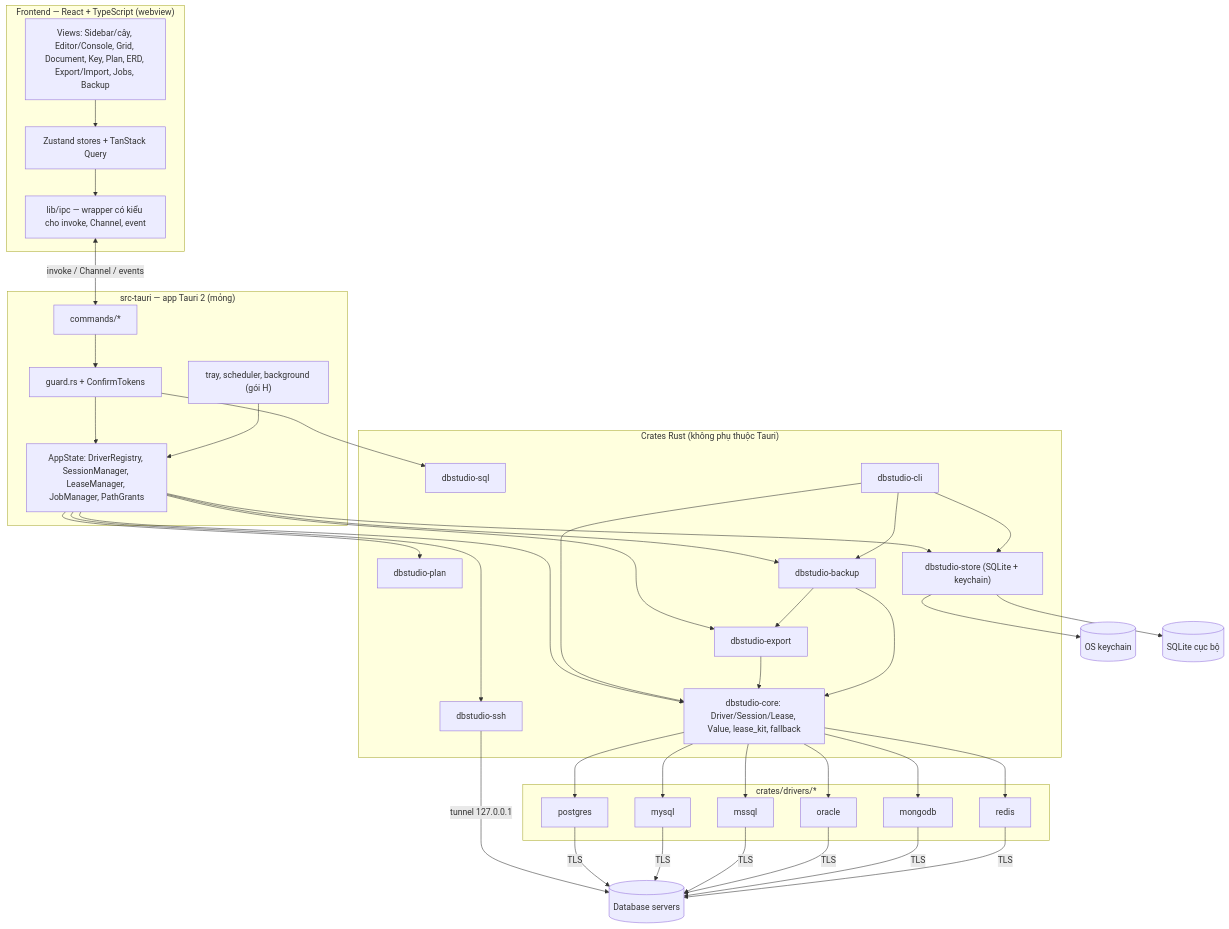
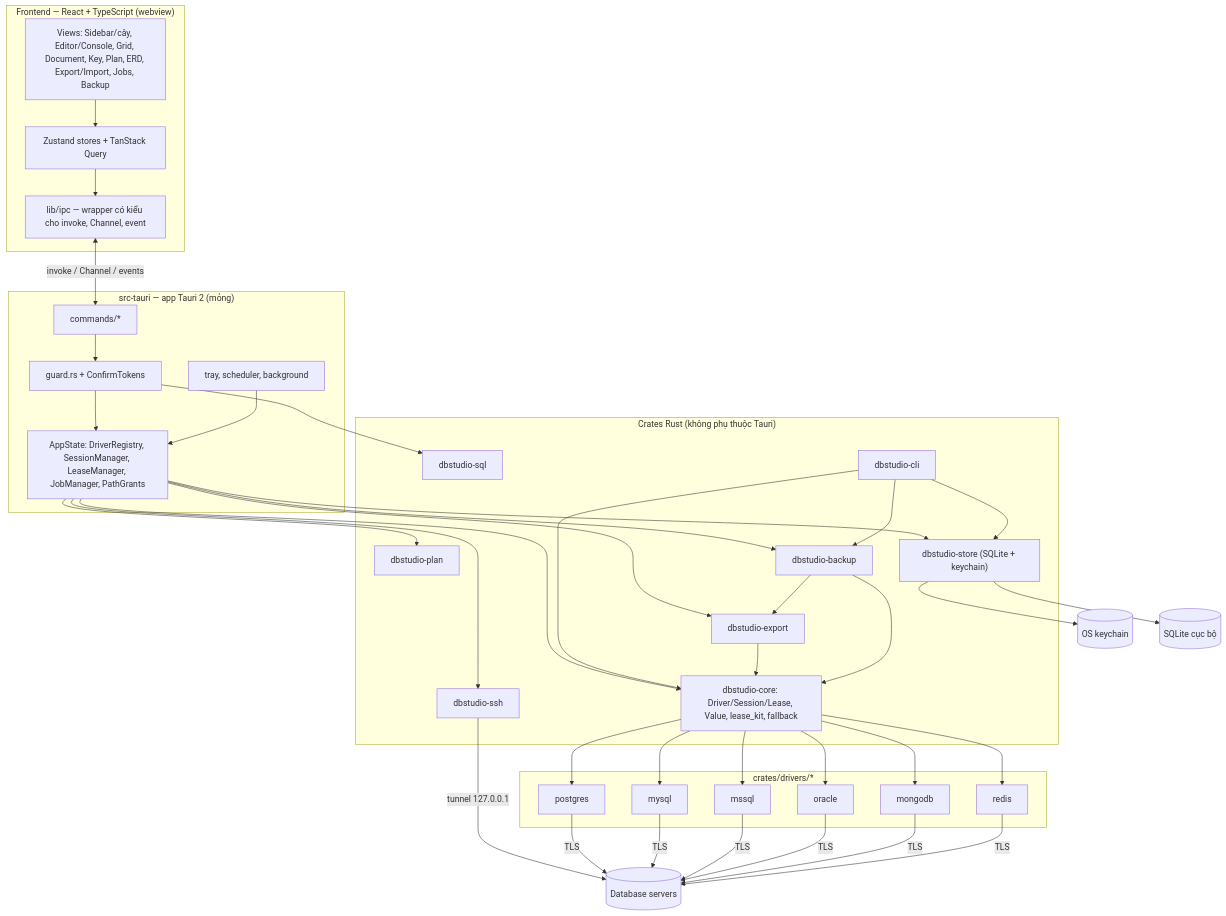
Before and after one commit to rickymta/dbstudio: the first of 3 diagrams in docs/architecture.md, drawn with Mermaid. The commit also changed other lines of this file and 4 other files, not shown here.

````diff
--- a/docs/architecture.md
+++ b/docs/architecture.md
@@ -17,53 +17,53 @@
 ```mermaid
 flowchart TB
     subgraph FE["Frontend — React + TypeScript (webview)"]
         UI["Views: Sidebar/cây, Editor/Console, Grid, Document, Key, Plan, ERD, Export/Import, Jobs, Backup"]
         ST["Zustand stores + TanStack Query"]
         IPC_TS["lib/ipc — wrapper có kiểu cho invoke, Channel, event"]
         UI --> ST --> IPC_TS
     end
 
     subgraph TAURI["src-tauri — app Tauri 2 (mỏng)"]
         CMD["commands/*"]
         GUARD["guard.rs + ConfirmTokens"]
         STATE["AppState: DriverRegistry, SessionManager, LeaseManager, JobManager, PathGrants"]
-        BG["tray, scheduler, background (gói H)"]
+        BG["tray, scheduler, background"]
         CMD --> GUARD --> STATE
         BG --> STATE
     end
 
     subgraph CORE["Crates Rust (không phụ thuộc Tauri)"]
         C["dbstudio-core: Driver/Session/Lease, Value, lease_kit, fallback"]
         SQL["dbstudio-sql"]
         PLAN["dbstudio-plan"]
         EXP["dbstudio-export"]
         BK["dbstudio-backup"]
         SSH["dbstudio-ssh"]
         STORE["dbstudio-store (SQLite + keychain)"]
         CLI["dbstudio-cli"]
     end
 
     subgraph DRV["crates/drivers/*"]
         PG["postgres"]
         MY["mysql"]
         MS["mssql"]
         OR["oracle"]
         MG["mongodb"]
         RD["redis"]
     end
 
     KC[("OS keychain")]
     SQLITE[("SQLite cục bộ")]
     DBS[("Database servers")]
 
     IPC_TS <-->|"invoke / Channel / events"| CMD
     GUARD --> SQL
     STATE --> C & PLAN & EXP & BK & STORE & SSH
     CLI --> C & BK & STORE
     EXP & BK --> C
     BK --> EXP
     C --> PG & MY & MS & OR & MG & RD
     SSH -->|"tunnel 127.0.0.1"| DBS
     PG & MY & MS & OR & MG & RD -->|"TLS"| DBS
     STORE --> SQLITE & KC
 ```
````
